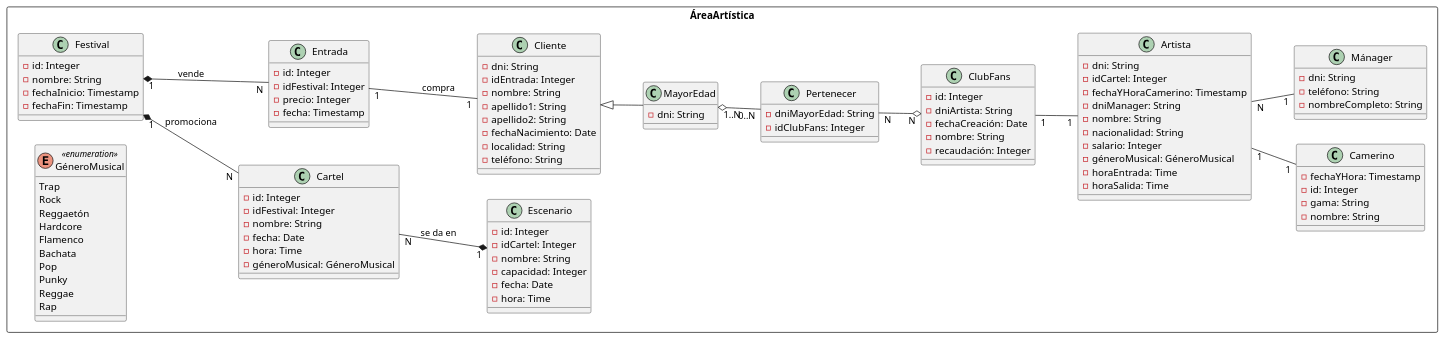
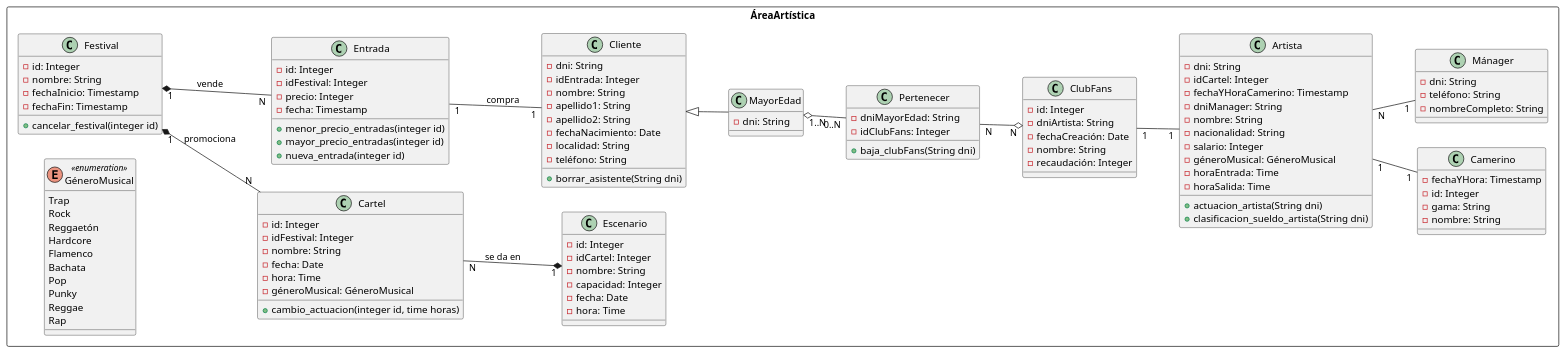
Before and after one commit to jmm-1999/QuevedoFest: the diagram in Documentos/8-Extras/8.4-DiagramaClases.md, drawn with PlantUML. The commit also changed other lines of this file and 3 other files, not shown here.

```diff
--- a/Documentos/8-Extras/8.4-DiagramaClases.md
+++ b/Documentos/8-Extras/8.4-DiagramaClases.md
@@ -16,6 +16,7 @@
         - nombre: String
         - fechaInicio: Timestamp
         - fechaFin: Timestamp
+        +cancelar_festival(integer id)
     }
 
     class Cartel {
@@ -25,6 +26,7 @@
         -fecha: Date
         -hora: Time
         -géneroMusical: GéneroMusical
+        +cambio_actuacion(integer id, time horas)
     }
 
     class Escenario {
@@ -41,6 +43,9 @@
         -idFestival: Integer
         -precio: Integer
         -fecha: Timestamp
+        +menor_precio_entradas(integer id)
+        +mayor_precio_entradas(integer id)
+        +nueva_entrada(integer id)
     }
 
     class Cliente {
@@ -52,6 +57,7 @@
         -fechaNacimiento: Date
         -localidad: String
         -teléfono: String
+        +borrar_asistente(String dni)
     }
 
     class MayorEdad {
@@ -61,6 +67,7 @@
     class Pertenecer {
         -dniMayorEdad: String
         -idClubFans: Integer
+        +baja_clubFans(String dni)
     }
 
     class ClubFans {
@@ -82,6 +89,8 @@
         -géneroMusical: GéneroMusical
         -horaEntrada: Time
         -horaSalida: Time
+        +actuacion_artista(String dni)
+        +clasificacion_sueldo_artista(String dni)
     }
 
     class Camerino {
```
